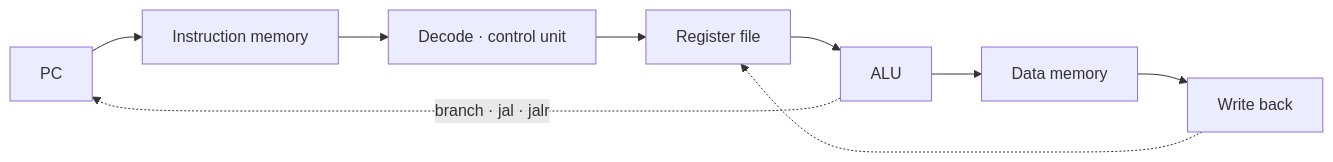
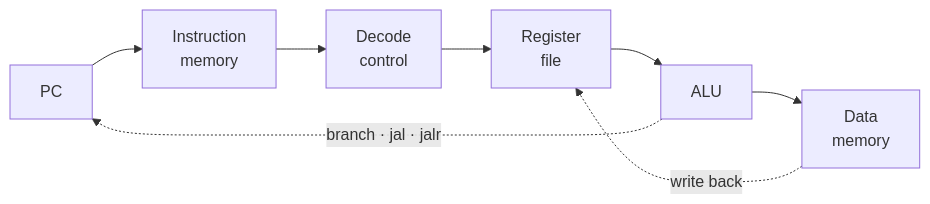
Before and after one commit to devjwk/Project-Part-1-RISC-V-Single-cycle-Processor: the diagram in README.md, drawn with Mermaid.

Commit message:
Make pipeline diagrams more readable

````diff
--- a/README.md
+++ b/README.md
@@ -46,6 +46,6 @@
 ```mermaid
 flowchart LR
-    PC["PC"] --> IM["Instruction memory"] --> DEC["Decode · control unit"] --> RF["Register file"] --> ALU["ALU"] --> DM["Data memory"] --> WB["Write back"]
-    WB -.-> RF
+    PC["PC"] --> IM["Instruction<br/>memory"] --> DEC["Decode<br/>control"] --> RF["Register<br/>file"] --> ALU["ALU"] --> DM["Data<br/>memory"]
+    DM -.->|"write back"| RF
     ALU -.->|"branch · jal · jalr"| PC
 ```
````
